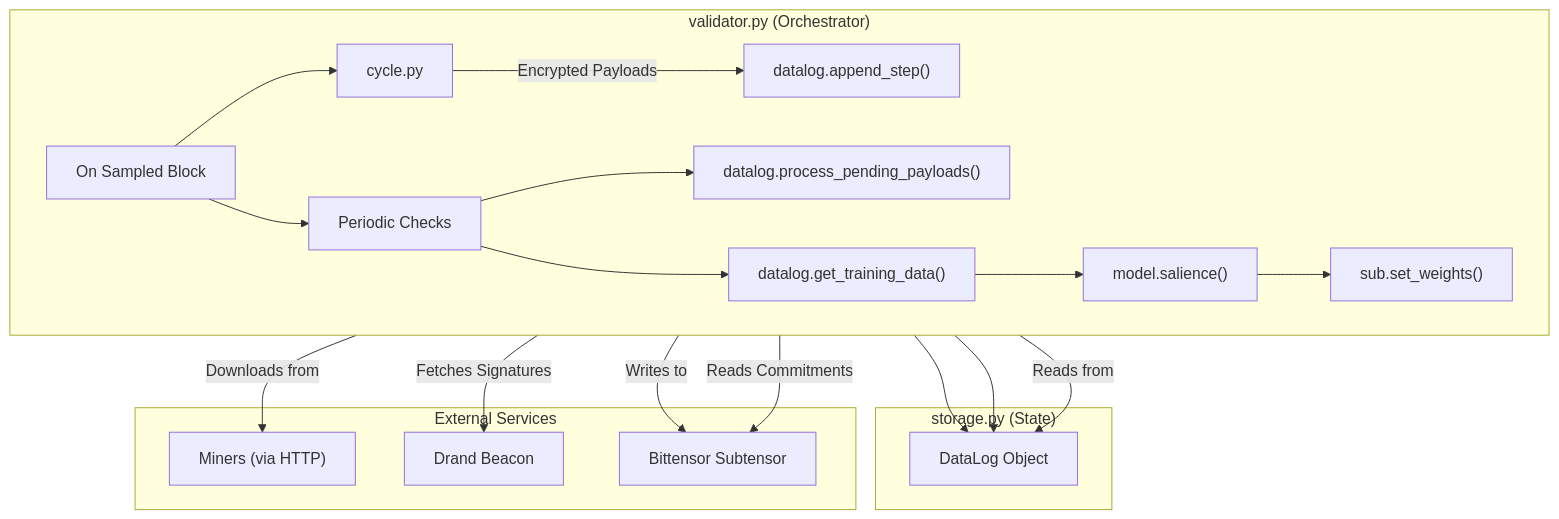
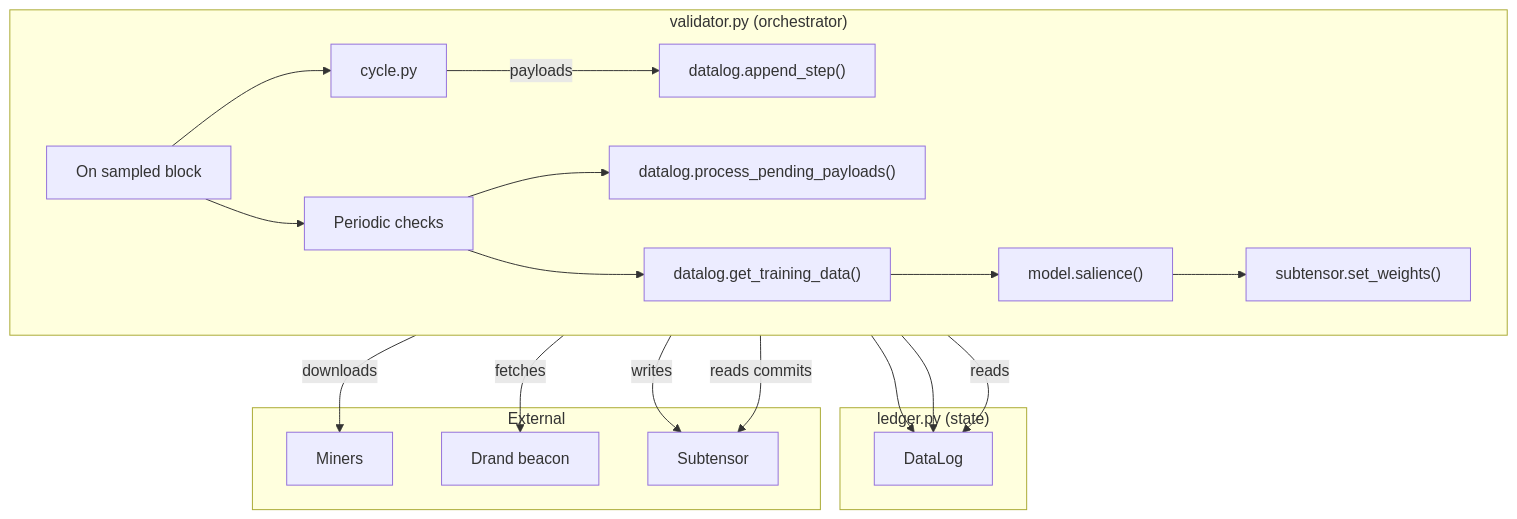
The diagram in README.md (Barbariandev/MANTIS), drawn with Mermaid before and after one commit. The commit also changed other lines of this file and 11 other files, not shown here.

````diff
--- a/README.md
+++ b/README.md
@@ -18,31 +9,31 @@
 ```mermaid
 graph TD
-    subgraph "validator.py (Orchestrator)"
+    subgraph "validator.py (orchestrator)"
         direction LR
-        A[On Sampled Block] --> B[cycle.py];
-        B -->|Encrypted Payloads| C["datalog.append_step()"];
-        A --> D[Periodic Checks];
+        A[On sampled block] --> B[cycle.py];
+        B -->|payloads| C["datalog.append_step()"];
+        A --> D[Periodic checks];
         D --> E["datalog.process_pending_payloads()"];
         D --> F["datalog.get_training_data()"];
         F --> G["model.salience()"];
-        G --> H["sub.set_weights()"];
-    end
-    
-    subgraph "storage.py (State)"
-        I[DataLog Object]
+        G --> H["subtensor.set_weights()"];
     end
 
-    subgraph "External Services"
-        J["Miners (via HTTP)"]
-        K[Drand Beacon]
-        L[Bittensor Subtensor]
+    subgraph "ledger.py (state)"
+        I[DataLog]
+    end
+
+    subgraph "External"
+        J[Miners]
+        K[Drand beacon]
+        L[Subtensor]
     end
 
     C --> I;
     E --> I;
-    F -- Reads from --> I;
-    B -- Downloads from --> J;
-    E -- Fetches Signatures --> K;
-    H -- Writes to --> L;
-    B -- Reads Commitments --> L;
+    F -- reads --> I;
+    B -- downloads --> J;
+    E -- fetches --> K;
+    H -- writes --> L;
+    B -- reads commits --> L;
 ```
````
